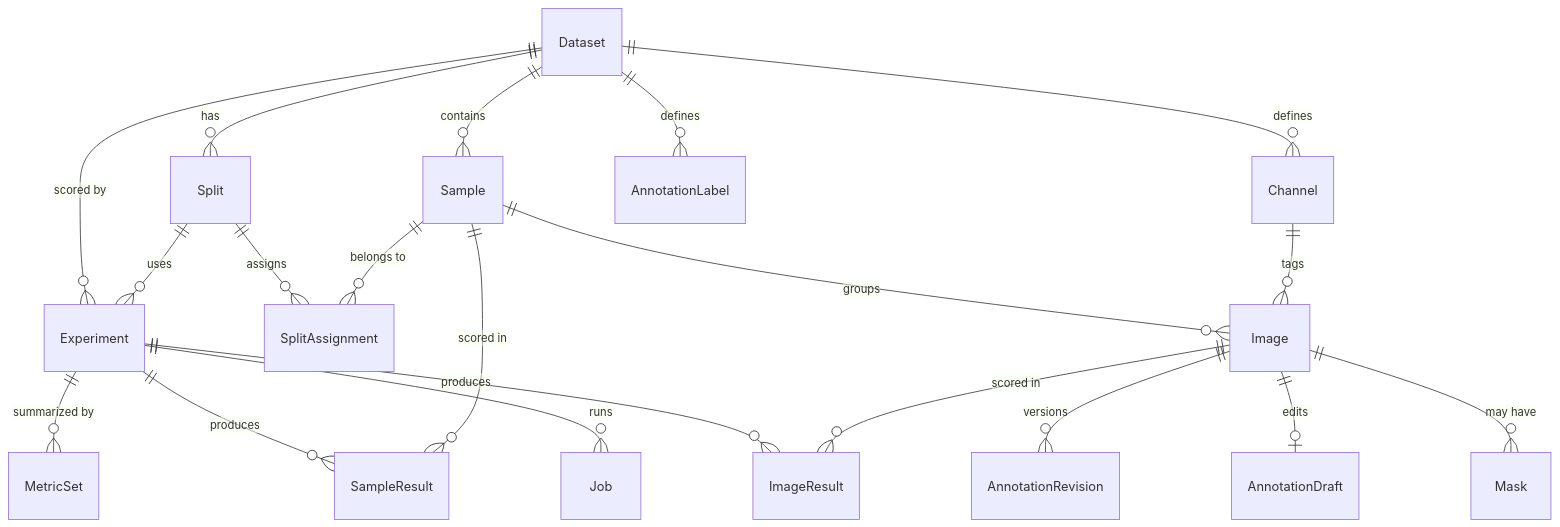
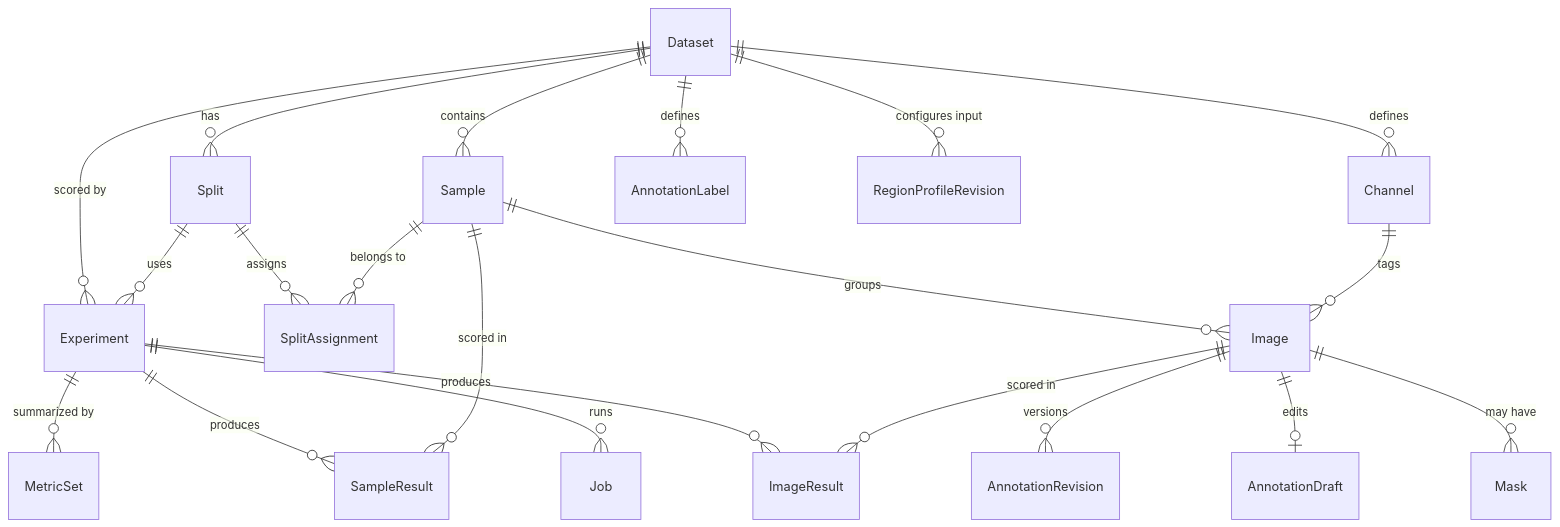
The diagram in docs/architecture/domain-model.md (VitalyVorobyev/visual-anomaly-lab), drawn with Mermaid before and after one commit. The commit also changed other lines of this file and 10 other files, not shown here.

````diff
--- a/docs/architecture/domain-model.md
+++ b/docs/architecture/domain-model.md
@@ -19,22 +19,23 @@
 ```mermaid
 erDiagram
     Dataset ||--o{ Channel : "defines"
     Dataset ||--o{ Sample : "contains"
     Dataset ||--o{ Split : "has"
     Dataset ||--o{ AnnotationLabel : "defines"
+    Dataset ||--o{ RegionProfileRevision : "configures input"
     Sample  ||--o{ Image : "groups"
     Channel ||--o{ Image : "tags"
     Image   ||--o{ Mask : "may have"
     Image   ||--o| AnnotationDraft : "edits"
     Image   ||--o{ AnnotationRevision : "versions"
     Split   ||--o{ SplitAssignment : "assigns"
     Sample  ||--o{ SplitAssignment : "belongs to"
     Dataset ||--o{ Experiment : "scored by"
     Split   ||--o{ Experiment : "uses"
     Experiment ||--o{ Job : "runs"
     Experiment ||--o{ ImageResult : "produces"
     Experiment ||--o{ SampleResult : "produces"
     Experiment ||--o{ MetricSet : "summarized by"
     Image   ||--o{ ImageResult : "scored in"
     Sample  ||--o{ SampleResult : "scored in"
 ```
````
